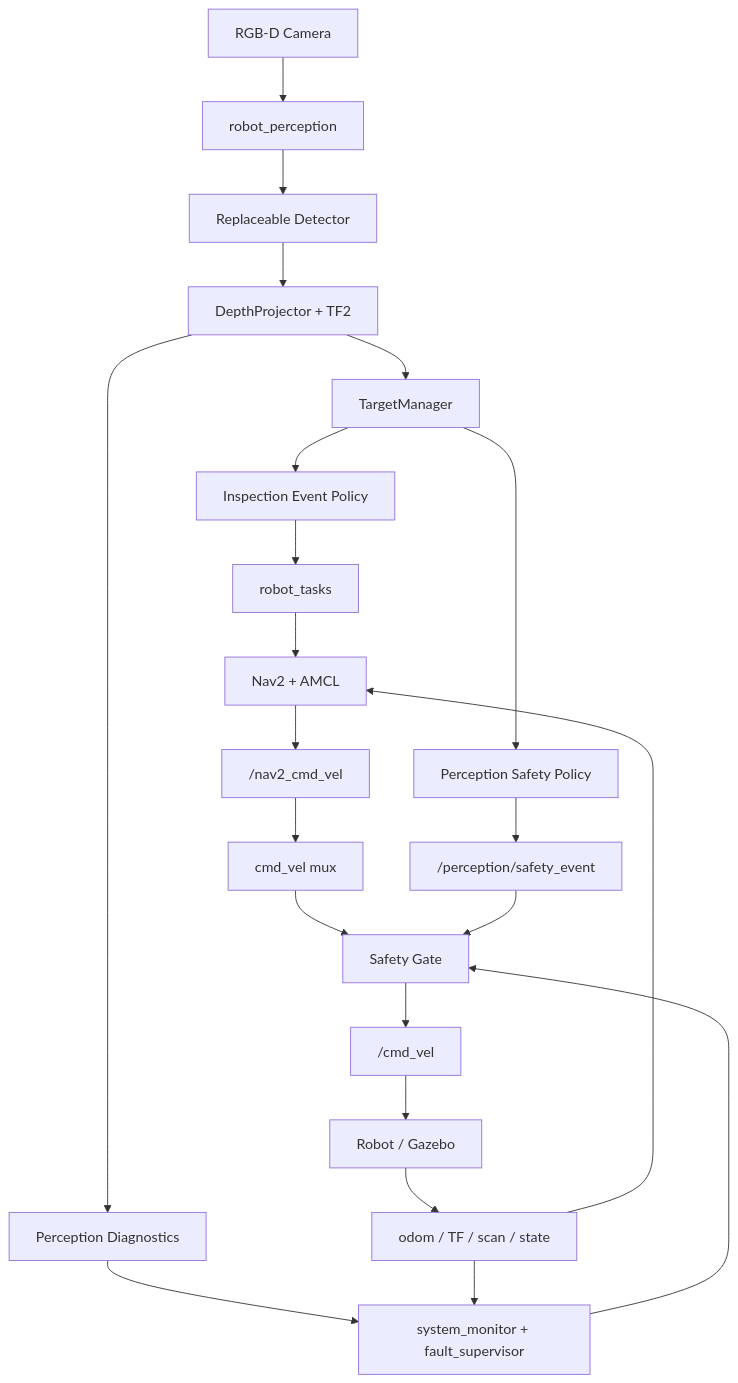
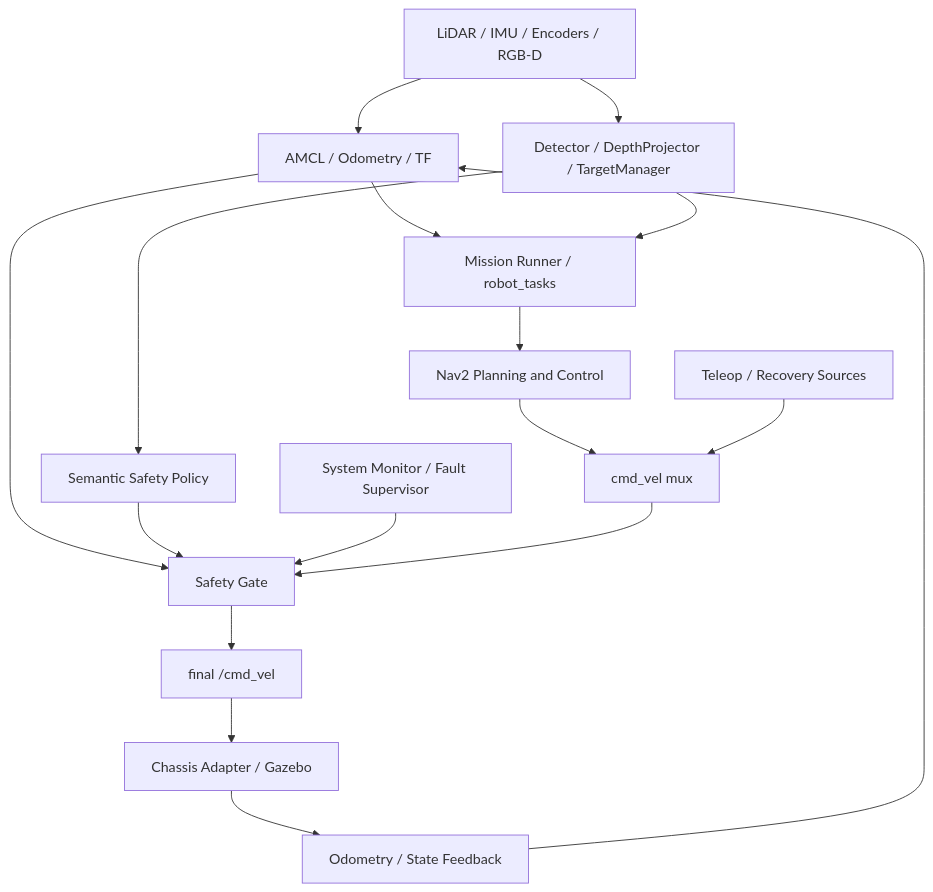
Before and after one commit to LiuKaiDev/ros2-factory-patrol-amr: the diagram in README.md, drawn with Mermaid. The commit also changed other lines of this file and 80 other files, not shown here.

````diff
--- a/README.md
+++ b/README.md
@@ -79,24 +29,19 @@
 ```mermaid
 flowchart TD
-  Camera["RGB-D Camera"] --> Perception["robot_perception"]
-  Perception --> Detector["Replaceable Detector"]
-  Detector --> Geometry["DepthProjector + TF2"]
-  Geometry --> Targets["TargetManager"]
-  Targets --> Events["Inspection Event Policy"]
-  Targets --> SafetyPolicy["Perception Safety Policy"]
-  Geometry --> Diagnostics["Perception Diagnostics"]
-  Events --> Tasks["robot_tasks"]
-  Tasks --> Nav2["Nav2 + AMCL"]
-  Nav2 --> NavCmd["/nav2_cmd_vel"]
-  NavCmd --> Mux["cmd_vel mux"]
-  Mux --> Gate["Safety Gate"]
-  SafetyPolicy --> SafetyEvent["/perception/safety_event"]
-  SafetyEvent --> Gate
-  Diagnostics --> Monitor["system_monitor + fault_supervisor"]
-  Monitor --> Gate
-  Gate --> Cmd["/cmd_vel"]
-  Cmd --> Robot["Robot / Gazebo"]
-  Robot --> Feedback["odom / TF / scan / state"]
-  Feedback --> Nav2
-  Feedback --> Monitor
+  Sensors["LiDAR / IMU / Encoders / RGB-D"] --> Localization["AMCL / Odometry / TF"]
+  Sensors --> Perception["Detector / DepthProjector / TargetManager"]
+  Localization --> Tasks["Mission Runner / robot_tasks"]
+  Perception --> Tasks
+  Tasks --> Nav2["Nav2 Planning and Control"]
+  Nav2 --> Mux["cmd_vel mux"]
+  Teleop["Teleop / Recovery Sources"] --> Mux
+  Perception --> SafetyPolicy["Semantic Safety Policy"]
+  Localization --> Safety["Safety Gate"]
+  SafetyPolicy --> Safety
+  Diagnostics["System Monitor / Fault Supervisor"] --> Safety
+  Mux --> Safety
+  Safety --> Cmd["final /cmd_vel"]
+  Cmd --> Chassis["Chassis Adapter / Gazebo"]
+  Chassis --> Feedback["Odometry / State Feedback"]
+  Feedback --> Localization
 ```
````
